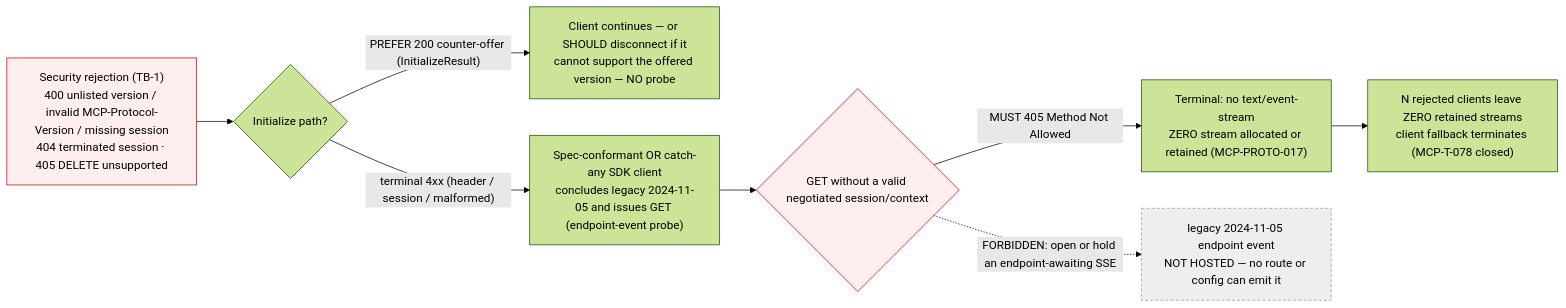
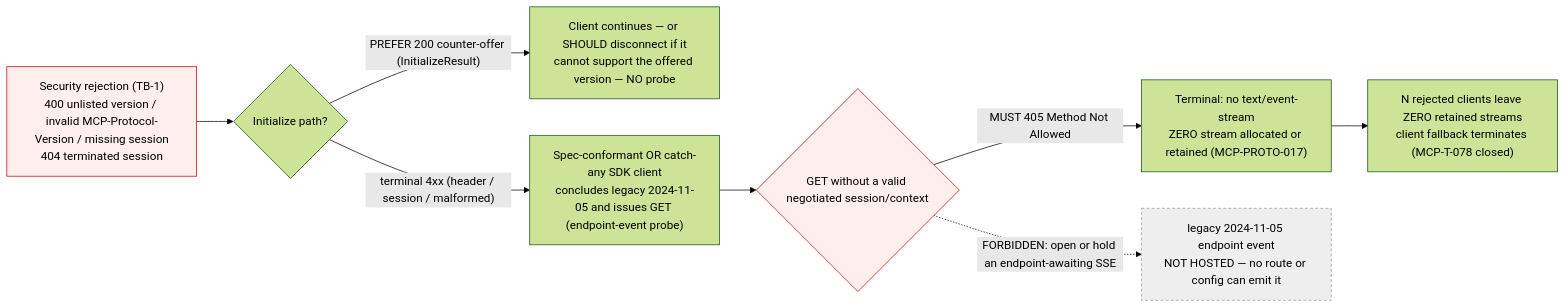
Diagram 17 of 17 in docs/design/mcp/DATA-FLOW-DIAGRAMS.md (KidCarmi/Culvert), drawn with Mermaid (forest theme) before and after one commit. The commit also changed 2 other files, not shown here.

Commit message:
docs(mcp): address Codex review — DFD DELETE branch, High-threat census, predicate-29 rigor
Codex (#977) P2 findings, all in-scope for the RPR-4 review stop rule:
- DFD-17: drop `405 DELETE unsupported` from the pre-negotiation legacy-probe
  rejection node — the evidence matrix §4 states that DELETE follows an
  established session and is not a probe, so it must not feed the probe branch.
- THREAT-MODEL §11: the High protocol-kernel/transport census said "nine" and
  stopped at MCP-T-076; include the new High MCP-T-078 → "ten", §1/§1a.
- predicate-29: (1) a 400/404/405 row's follow-on cell must resolve to the
  terminal 405 / zero-retention outcome and must not describe a non-terminating
  loop — a non-empty cell is no longer sufficient; (2) validate D-1 status by
  parsing the OPEN-DECISIONS `### D-1` block rather than a same-line proximity
  match, so a `Still OPEN` → `STATUS: CLOSED` flip on a separate status line is
  caught. Two seeds added (19 total); all fire, 3 controls quiet.

Claude-Session: https://claude.ai/code/session_01BwVNMkzpYGF34qpYYDAwur

````diff
--- a/docs/design/mcp/DATA-FLOW-DIAGRAMS.md
+++ b/docs/design/mcp/DATA-FLOW-DIAGRAMS.md
@@ -437,15 +437,15 @@
 ```mermaid
 flowchart LR
-  REJ["Security rejection (TB-1)<br/>400 unlisted version / invalid MCP-Protocol-Version / missing session<br/>404 terminated session · 405 DELETE unsupported"] --> CO
+  REJ["Security rejection (TB-1)<br/>400 unlisted version / invalid MCP-Protocol-Version / missing session<br/>404 terminated session"] --> CO
   CO{"Initialize path?"}
   CO -->|"PREFER 200 counter-offer (InitializeResult)"| CONT["Client continues — or SHOULD disconnect if it<br/>cannot support the offered version — NO probe"]
   CO -->|"terminal 4xx (header / session / malformed)"| PROBE["Spec-conformant OR catch-any SDK client<br/>concludes legacy 2024-11-05 and issues GET (endpoint-event probe)"]
   PROBE --> GET{"GET without a valid negotiated session/context"}
   GET -->|"MUST 405 Method Not Allowed"| TERM["Terminal: no text/event-stream<br/>ZERO stream allocated or retained (MCP-PROTO-017)"]
   TERM --> ZERO["N rejected clients leave ZERO retained streams<br/>client fallback terminates (MCP-T-078 closed)"]
   GET -.->|"FORBIDDEN: open or hold an endpoint-awaiting SSE"| BLOCK["legacy 2024-11-05 endpoint event<br/>NOT HOSTED — no route or config can emit it"]
   classDef tb fill:#fee,stroke:#c00;
   classDef no fill:#eee,stroke:#999,stroke-dasharray:4 3;
   class REJ,GET tb
   class BLOCK no
 ```
````
